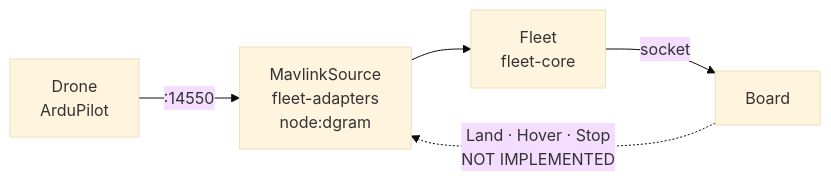
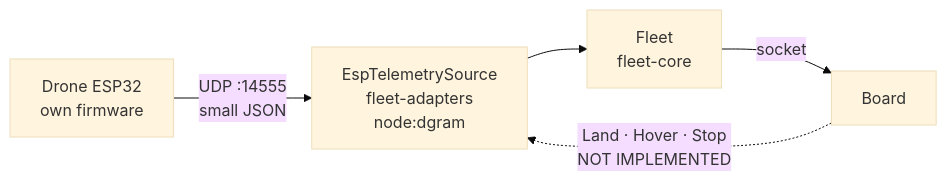
One commit to ReyAdhitya/techtechflight changed the third of 3 diagrams in docs/plans/2026-08-17-the-local-flight-deck.md. Above: the diagram before and after it, drawn with Mermaid (base theme). The commit also changed other lines of this file, not shown here.

First line of the commit message:
docs: the drones are ESP32 over Wi-Fi, not MAVLink

````diff
--- a/docs/plans/2026-08-17-the-local-flight-deck.md
+++ b/docs/plans/2026-08-17-the-local-flight-deck.md
@@ -116,7 +134,7 @@
 ```mermaid
 flowchart LR
-  drone["Drone<br/>ArduPilot"] -- ":14550" --> src["MavlinkSource<br/>fleet-adapters<br/>node:dgram"]
+  drone["Drone ESP32<br/>own firmware"] -- "UDP :14555<br/>small JSON" --> src["EspTelemetrySource<br/>fleet-adapters<br/>node:dgram"]
   src --> fleet["Fleet<br/>fleet-core"]
   fleet -- "socket" --> board["Board"]
   board -. "Land · Hover · Stop<br/>NOT IMPLEMENTED" .-> src
 ```
````
